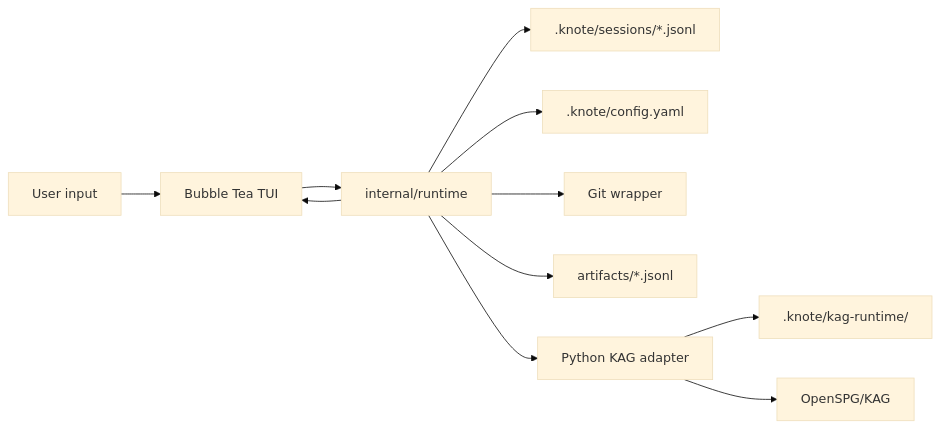
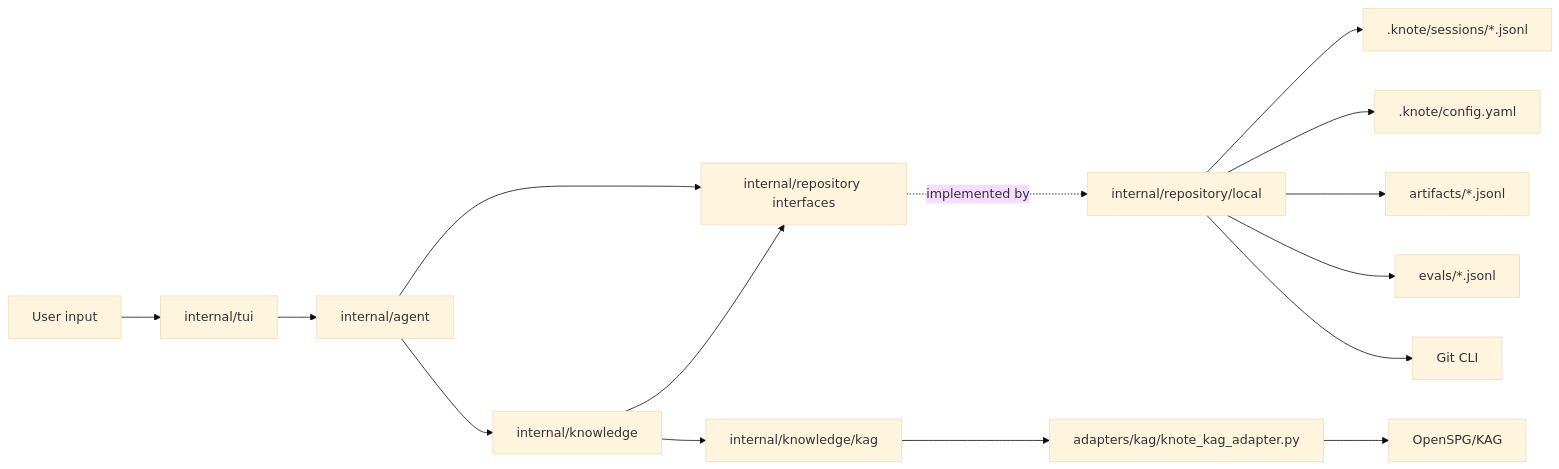
Before and after one commit to zzqDeco/knote: the diagram in doc/architecture.md, drawn with Mermaid (base theme). The commit also changed other lines of this file and 24 other files, not shown here.

````diff
--- a/doc/architecture.md
+++ b/doc/architecture.md
@@ -15,13 +16,17 @@
 ```mermaid
 flowchart LR
-  User["User input"] --> TUI["Bubble Tea TUI"]
-  TUI --> Runtime["internal/runtime"]
-  Runtime --> Session[".knote/sessions/*.jsonl"]
-  Runtime --> Config[".knote/config.yaml"]
-  Runtime --> Git["Git wrapper"]
-  Runtime --> Artifacts["artifacts/*.jsonl"]
-  Runtime --> KAG["Python KAG adapter"]
-  KAG --> Cache[".knote/kag-runtime/"]
-  KAG --> OpenSPG["OpenSPG/KAG"]
-  Runtime --> TUI
+  User["User input"] --> TUI["internal/tui"]
+  TUI --> Agent["internal/agent"]
+  Agent --> RepoIf["internal/repository interfaces"]
+  Agent --> Knowledge["internal/knowledge"]
+  Knowledge --> RepoIf
+  Knowledge --> Kag["internal/knowledge/kag"]
+  Kag --> Adapter["adapters/kag/knote_kag_adapter.py"]
+  Adapter --> OpenSPG["OpenSPG/KAG"]
+  RepoIf -. implemented by .-> Local["internal/repository/local"]
+  Local --> Sessions[".knote/sessions/*.jsonl"]
+  Local --> Config[".knote/config.yaml"]
+  Local --> Artifacts["artifacts/*.jsonl"]
+  Local --> Evals["evals/*.jsonl"]
+  Local --> Git["Git CLI"]
 ```
````
